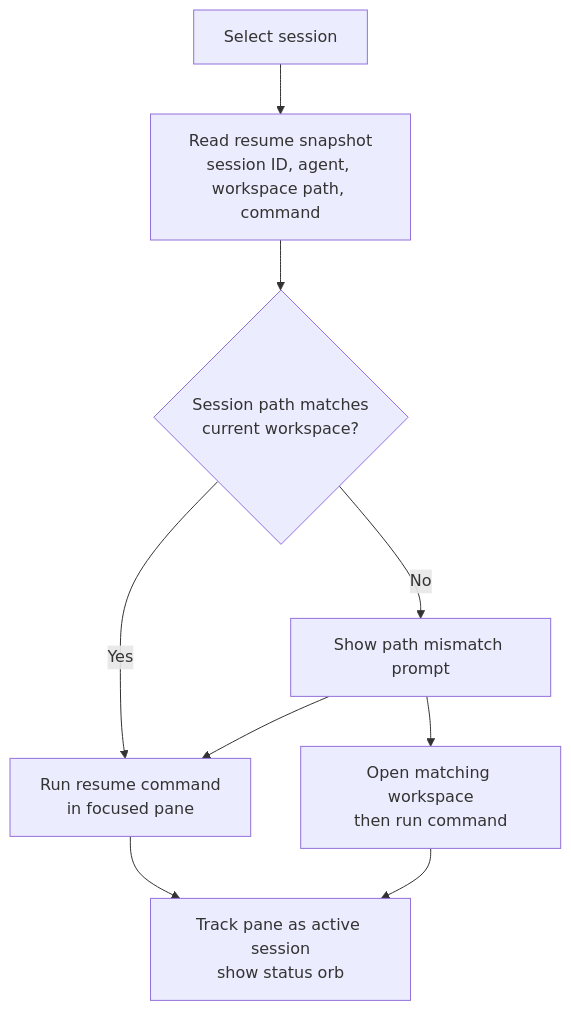
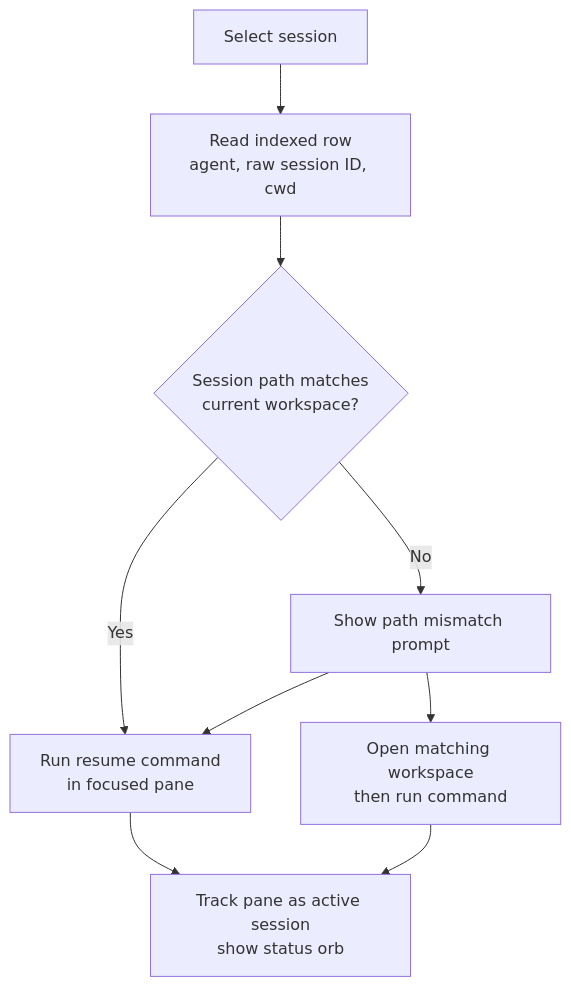
Before and after one commit to finger-gun/omux: the third of 3 diagrams in docs/agent-sessions.md, drawn with Mermaid. The commit also changed other lines of this file and 24 other files, not shown here.

````diff
--- a/docs/agent-sessions.md
+++ b/docs/agent-sessions.md
@@ -84,19 +84,19 @@
 ```mermaid
 flowchart TD
     Select["Select session"]
-    Snapshot["Read resume snapshot<br/>session ID, agent, workspace path, command"]
+    Snapshot["Read indexed row<br/>agent, raw session ID, cwd"]
     Match{"Session path matches<br/>current workspace?"}
     Focused["Run resume command<br/>in focused pane"]
     Prompt["Show path mismatch prompt"]
     OpenWorkspace["Open matching workspace<br/>then run command"]
     Active["Track pane as active session<br/>show status orb"]
 
     Select --> Snapshot
     Snapshot --> Match
     Match -- Yes --> Focused
     Match -- No --> Prompt
     Prompt --> Focused
     Prompt --> OpenWorkspace
     Focused --> Active
     OpenWorkspace --> Active
 ```
````
